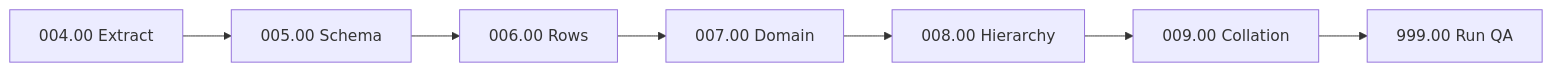
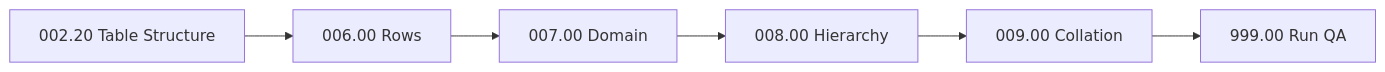
Before and after one commit to csiiiv/paddle-pdf-ocr-v2: the second of 2 diagrams in docs/ETL_DAG.md, drawn with Mermaid. The commit also changed other lines of this file and 76 other files, not shown here.

````diff
--- a/docs/ETL_DAG.md
+++ b/docs/ETL_DAG.md
@@ -66,9 +95,8 @@
 ```mermaid
 flowchart LR
-    E[004.00 Extract] --> S[005.00 Schema]
-    S --> R[006.00 Rows]
+    T[002.20 Table Structure] --> R[006.00 Rows]
     R --> D[007.00 Domain]
     D --> H[008.00 Hierarchy]
     H --> C[009.00 Collation]
     C --> Q[999.00 Run QA]
 ```
````
